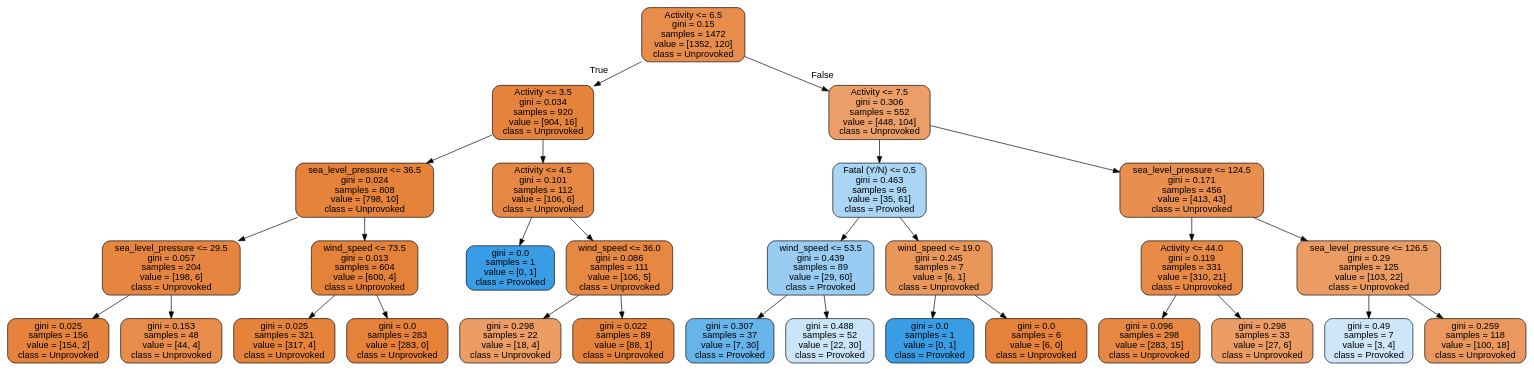
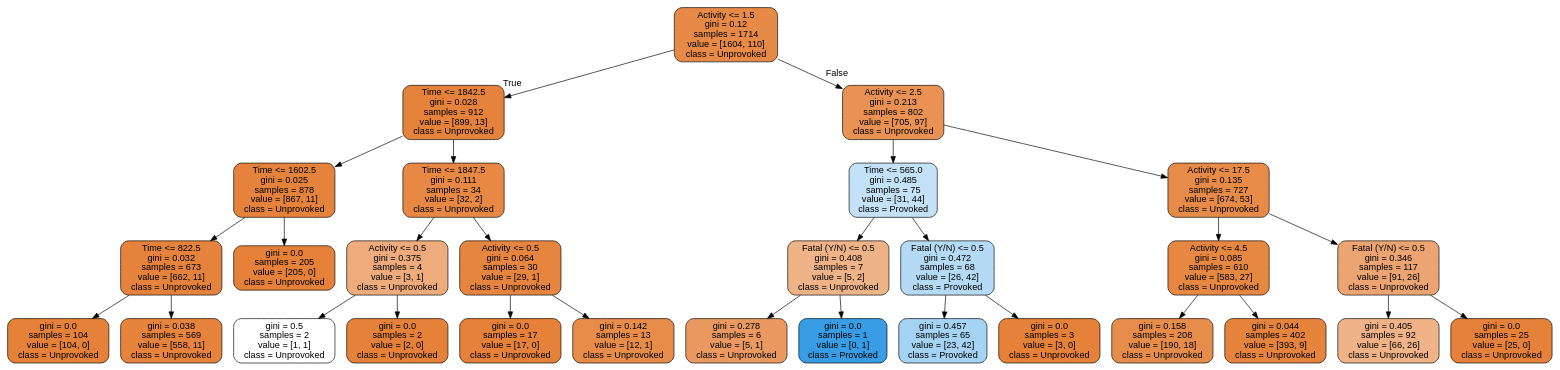
One commit to joshuapalicka/SharkAttackAnalysis changed the diagram in shark_attack_tree.dot. Above: the diagram before and after it, drawn with Graphviz. The commit also changed 2 other files, not shown here.

```diff
--- a/shark_attack_tree.dot
+++ b/shark_attack_tree.dot
@@ -1,61 +1,61 @@
 digraph Tree {
 node [shape=box, style="filled, rounded", color="black", fontname=helvetica] ;
 edge [fontname=helvetica] ;
-0 [label="Activity <= 6.5\ngini = 0.15\nsamples = 1472\nvalue = [1352, 120]\nclass = Unprovoked", fillcolor="#e78c4b"] ;
-1 [label="Activity <= 3.5\ngini = 0.034\nsamples = 920\nvalue = [904, 16]\nclass = Unprovoked", fillcolor="#e5833d"] ;
+0 [label="Activity <= 1.5\ngini = 0.12\nsamples = 1714\nvalue = [1604, 110]\nclass = Unprovoked", fillcolor="#e78a47"] ;
+1 [label="Time <= 1842.5\ngini = 0.028\nsamples = 912\nvalue = [899, 13]\nclass = Unprovoked", fillcolor="#e5833c"] ;
 0 -> 1 [labeldistance=2.5, labelangle=45, headlabel="True"] ;
-2 [label="sea_level_pressure <= 36.5\ngini = 0.024\nsamples = 808\nvalue = [798, 10]\nclass = Unprovoked", fillcolor="#e5833b"] ;
+2 [label="Time <= 1602.5\ngini = 0.025\nsamples = 878\nvalue = [867, 11]\nclass = Unprovoked", fillcolor="#e5833c"] ;
 1 -> 2 ;
-3 [label="sea_level_pressure <= 29.5\ngini = 0.057\nsamples = 204\nvalue = [198, 6]\nclass = Unprovoked", fillcolor="#e6853f"] ;
+3 [label="Time <= 822.5\ngini = 0.032\nsamples = 673\nvalue = [662, 11]\nclass = Unprovoked", fillcolor="#e5833c"] ;
 2 -> 3 ;
-4 [label="gini = 0.025\nsamples = 156\nvalue = [154, 2]\nclass = Unprovoked", fillcolor="#e5833c"] ;
+4 [label="gini = 0.0\nsamples = 104\nvalue = [104, 0]\nclass = Unprovoked", fillcolor="#e58139"] ;
 3 -> 4 ;
-5 [label="gini = 0.153\nsamples = 48\nvalue = [44, 4]\nclass = Unprovoked", fillcolor="#e78c4b"] ;
+5 [label="gini = 0.038\nsamples = 569\nvalue = [558, 11]\nclass = Unprovoked", fillcolor="#e6833d"] ;
 3 -> 5 ;
-6 [label="wind_speed <= 73.5\ngini = 0.013\nsamples = 604\nvalue = [600, 4]\nclass = Unprovoked", fillcolor="#e5823a"] ;
+6 [label="gini = 0.0\nsamples = 205\nvalue = [205, 0]\nclass = Unprovoked", fillcolor="#e58139"] ;
 2 -> 6 ;
-7 [label="gini = 0.025\nsamples = 321\nvalue = [317, 4]\nclass = Unprovoked", fillcolor="#e5833b"] ;
-6 -> 7 ;
-8 [label="gini = 0.0\nsamples = 283\nvalue = [283, 0]\nclass = Unprovoked", fillcolor="#e58139"] ;
-6 -> 8 ;
-9 [label="Activity <= 4.5\ngini = 0.101\nsamples = 112\nvalue = [106, 6]\nclass = Unprovoked", fillcolor="#e68844"] ;
-1 -> 9 ;
-10 [label="gini = 0.0\nsamples = 1\nvalue = [0, 1]\nclass = Provoked", fillcolor="#399de5"] ;
-9 -> 10 ;
-11 [label="wind_speed <= 36.0\ngini = 0.086\nsamples = 111\nvalue = [106, 5]\nclass = Unprovoked", fillcolor="#e68742"] ;
-9 -> 11 ;
-12 [label="gini = 0.298\nsamples = 22\nvalue = [18, 4]\nclass = Unprovoked", fillcolor="#eb9d65"] ;
+7 [label="Time <= 1847.5\ngini = 0.111\nsamples = 34\nvalue = [32, 2]\nclass = Unprovoked", fillcolor="#e78945"] ;
+1 -> 7 ;
+8 [label="Activity <= 0.5\ngini = 0.375\nsamples = 4\nvalue = [3, 1]\nclass = Unprovoked", fillcolor="#eeab7b"] ;
+7 -> 8 ;
+9 [label="gini = 0.5\nsamples = 2\nvalue = [1, 1]\nclass = Unprovoked", fillcolor="#ffffff"] ;
+8 -> 9 ;
+10 [label="gini = 0.0\nsamples = 2\nvalue = [2, 0]\nclass = Unprovoked", fillcolor="#e58139"] ;
+8 -> 10 ;
+11 [label="Activity <= 0.5\ngini = 0.064\nsamples = 30\nvalue = [29, 1]\nclass = Unprovoked", fillcolor="#e68540"] ;
+7 -> 11 ;
+12 [label="gini = 0.0\nsamples = 17\nvalue = [17, 0]\nclass = Unprovoked", fillcolor="#e58139"] ;
 11 -> 12 ;
-13 [label="gini = 0.022\nsamples = 89\nvalue = [88, 1]\nclass = Unprovoked", fillcolor="#e5823b"] ;
+13 [label="gini = 0.142\nsamples = 13\nvalue = [12, 1]\nclass = Unprovoked", fillcolor="#e78c49"] ;
 11 -> 13 ;
-14 [label="Activity <= 7.5\ngini = 0.306\nsamples = 552\nvalue = [448, 104]\nclass = Unprovoked", fillcolor="#eb9e67"] ;
+14 [label="Activity <= 2.5\ngini = 0.213\nsamples = 802\nvalue = [705, 97]\nclass = Unprovoked", fillcolor="#e99254"] ;
 0 -> 14 [labeldistance=2.5, labelangle=-45, headlabel="False"] ;
-15 [label="Fatal (Y/N) <= 0.5\ngini = 0.463\nsamples = 96\nvalue = [35, 61]\nclass = Provoked", fillcolor="#abd5f4"] ;
+15 [label="Time <= 565.0\ngini = 0.485\nsamples = 75\nvalue = [31, 44]\nclass = Provoked", fillcolor="#c4e2f7"] ;
 14 -> 15 ;
-16 [label="wind_speed <= 53.5\ngini = 0.439\nsamples = 89\nvalue = [29, 60]\nclass = Provoked", fillcolor="#99ccf2"] ;
+16 [label="Fatal (Y/N) <= 0.5\ngini = 0.408\nsamples = 7\nvalue = [5, 2]\nclass = Unprovoked", fillcolor="#efb388"] ;
 15 -> 16 ;
-17 [label="gini = 0.307\nsamples = 37\nvalue = [7, 30]\nclass = Provoked", fillcolor="#67b4eb"] ;
+17 [label="gini = 0.278\nsamples = 6\nvalue = [5, 1]\nclass = Unprovoked", fillcolor="#ea9a61"] ;
 16 -> 17 ;
-18 [label="gini = 0.488\nsamples = 52\nvalue = [22, 30]\nclass = Provoked", fillcolor="#cae5f8"] ;
+18 [label="gini = 0.0\nsamples = 1\nvalue = [0, 1]\nclass = Provoked", fillcolor="#399de5"] ;
 16 -> 18 ;
-19 [label="wind_speed <= 19.0\ngini = 0.245\nsamples = 7\nvalue = [6, 1]\nclass = Unprovoked", fillcolor="#e9965a"] ;
+19 [label="Fatal (Y/N) <= 0.5\ngini = 0.472\nsamples = 68\nvalue = [26, 42]\nclass = Provoked", fillcolor="#b4daf5"] ;
 15 -> 19 ;
-20 [label="gini = 0.0\nsamples = 1\nvalue = [0, 1]\nclass = Provoked", fillcolor="#399de5"] ;
+20 [label="gini = 0.457\nsamples = 65\nvalue = [23, 42]\nclass = Provoked", fillcolor="#a5d3f3"] ;
 19 -> 20 ;
-21 [label="gini = 0.0\nsamples = 6\nvalue = [6, 0]\nclass = Unprovoked", fillcolor="#e58139"] ;
+21 [label="gini = 0.0\nsamples = 3\nvalue = [3, 0]\nclass = Unprovoked", fillcolor="#e58139"] ;
 19 -> 21 ;
-22 [label="sea_level_pressure <= 124.5\ngini = 0.171\nsamples = 456\nvalue = [413, 43]\nclass = Unprovoked", fillcolor="#e88e4e"] ;
+22 [label="Activity <= 17.5\ngini = 0.135\nsamples = 727\nvalue = [674, 53]\nclass = Unprovoked", fillcolor="#e78b49"] ;
 14 -> 22 ;
-23 [label="Activity <= 44.0\ngini = 0.119\nsamples = 331\nvalue = [310, 21]\nclass = Unprovoked", fillcolor="#e78a46"] ;
+23 [label="Activity <= 4.5\ngini = 0.085\nsamples = 610\nvalue = [583, 27]\nclass = Unprovoked", fillcolor="#e68742"] ;
 22 -> 23 ;
-24 [label="gini = 0.096\nsamples = 298\nvalue = [283, 15]\nclass = Unprovoked", fillcolor="#e68843"] ;
+24 [label="gini = 0.158\nsamples = 208\nvalue = [190, 18]\nclass = Unprovoked", fillcolor="#e78d4c"] ;
 23 -> 24 ;
-25 [label="gini = 0.298\nsamples = 33\nvalue = [27, 6]\nclass = Unprovoked", fillcolor="#eb9d65"] ;
+25 [label="gini = 0.044\nsamples = 402\nvalue = [393, 9]\nclass = Unprovoked", fillcolor="#e6843e"] ;
 23 -> 25 ;
-26 [label="sea_level_pressure <= 126.5\ngini = 0.29\nsamples = 125\nvalue = [103, 22]\nclass = Unprovoked", fillcolor="#eb9c63"] ;
+26 [label="Fatal (Y/N) <= 0.5\ngini = 0.346\nsamples = 117\nvalue = [91, 26]\nclass = Unprovoked", fillcolor="#eca572"] ;
 22 -> 26 ;
-27 [label="gini = 0.49\nsamples = 7\nvalue = [3, 4]\nclass = Provoked", fillcolor="#cee6f8"] ;
+27 [label="gini = 0.405\nsamples = 92\nvalue = [66, 26]\nclass = Unprovoked", fillcolor="#efb387"] ;
 26 -> 27 ;
-28 [label="gini = 0.259\nsamples = 118\nvalue = [100, 18]\nclass = Unprovoked", fillcolor="#ea985d"] ;
+28 [label="gini = 0.0\nsamples = 25\nvalue = [25, 0]\nclass = Unprovoked", fillcolor="#e58139"] ;
 26 -> 28 ;
 }
```
